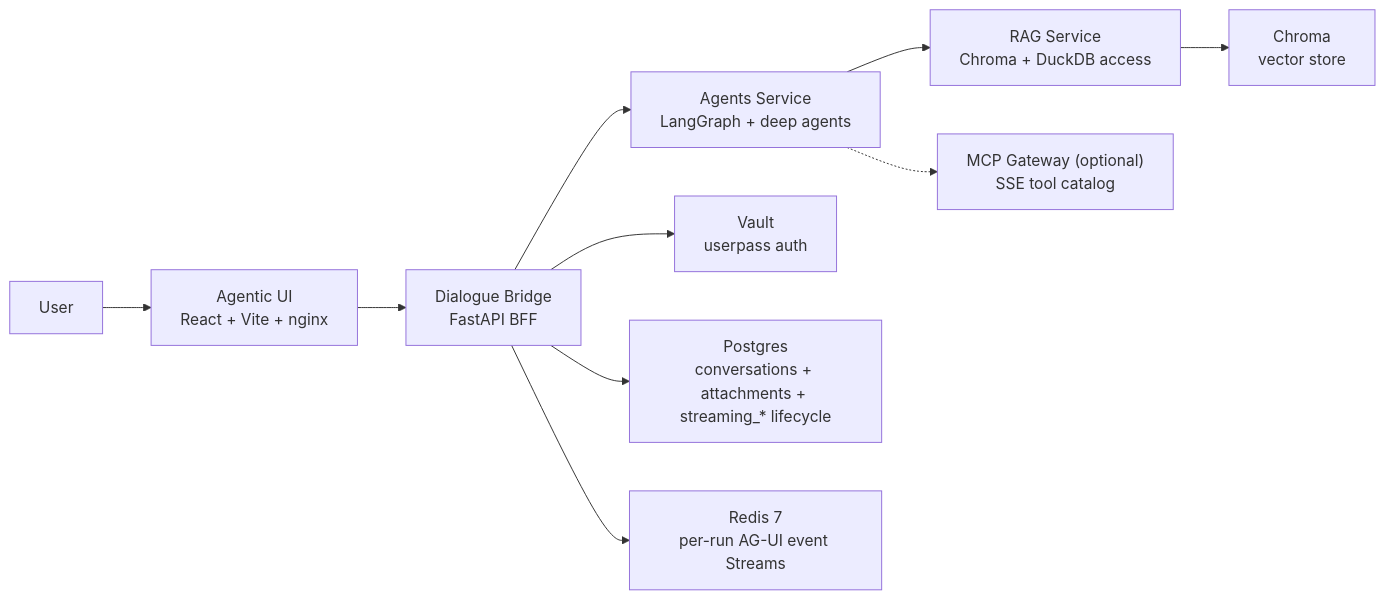
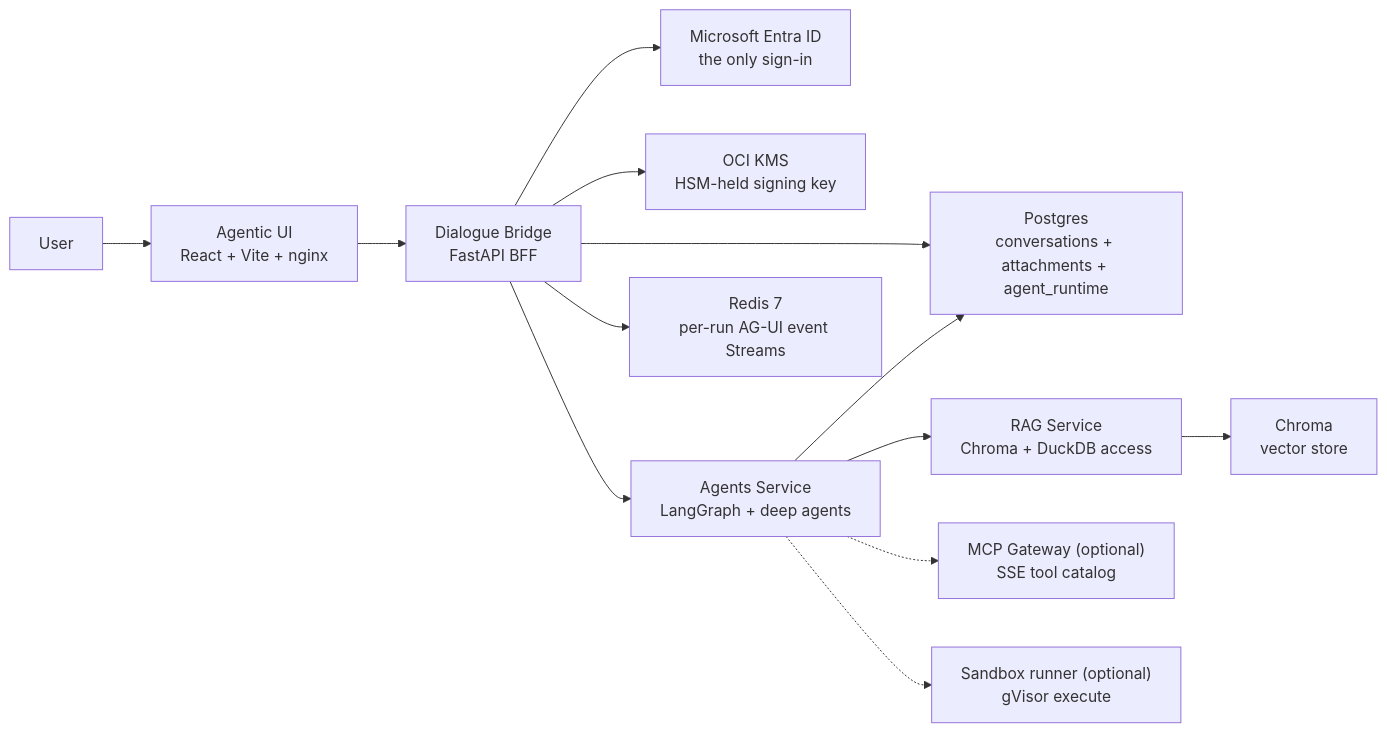
One commit to konstantinosmpouros/mAgenticX changed the second of 10 diagrams in README.md. Above: the diagram before and after it, drawn with Mermaid. The commit also changed other lines of this file and 7 other files, not shown here.

First line of the commit message:
feat(agents): enable sandboxed execute on Dennis through the sandbox runner

````diff
--- a/README.md
+++ b/README.md
@@ -86,23 +103,28 @@
 ```mermaid
 flowchart LR
     User["User"]
-    UI["Agentic UI\nReact + Vite + nginx"]
-    Bridge["Dialogue Bridge\nFastAPI BFF"]
-    Agents["Agents Service\nLangGraph + deep agents"]
-    RAG["RAG Service\nChroma + DuckDB access"]
-    MCP["MCP Gateway (optional)\nSSE tool catalog"]
-    Vault["Vault\nuserpass auth"]
-    PG["Postgres\nconversations + attachments + streaming_* lifecycle"]
-    Redis["Redis 7\nper-run AG-UI event Streams"]
-    Chroma["Chroma\nvector store"]
+    UI["Agentic UI<br/>React + Vite + nginx"]
+    Bridge["Dialogue Bridge<br/>FastAPI BFF"]
+    Entra["Microsoft Entra ID<br/>the only sign-in"]
+    KMS["OCI KMS<br/>HSM-held signing key"]
+    Agents["Agents Service<br/>LangGraph + deep agents"]
+    RAG["RAG Service<br/>Chroma + DuckDB access"]
+    MCP["MCP Gateway (optional)<br/>SSE tool catalog"]
+    Sandbox["Sandbox runner (optional)<br/>gVisor execute"]
+    PG["Postgres<br/>conversations + attachments + agent_runtime"]
+    Redis["Redis 7<br/>per-run AG-UI event Streams"]
+    Chroma["Chroma<br/>vector store"]
 
     User --> UI
     UI --> Bridge
-    Bridge --> Vault
+    Bridge --> Entra
+    Bridge --> KMS
     Bridge --> PG
     Bridge --> Redis
     Bridge --> Agents
+    Agents --> PG
     Agents --> RAG
     Agents -.-> MCP
+    Agents -.-> Sandbox
     RAG --> Chroma
 ```
````
